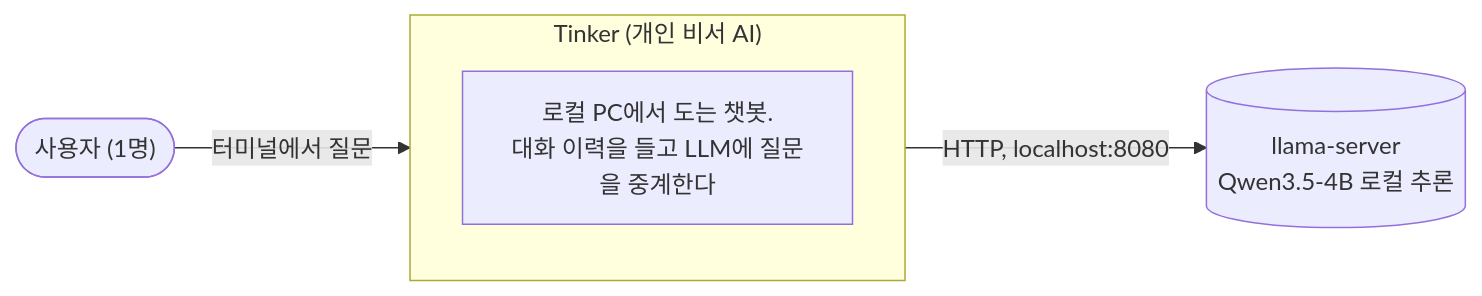
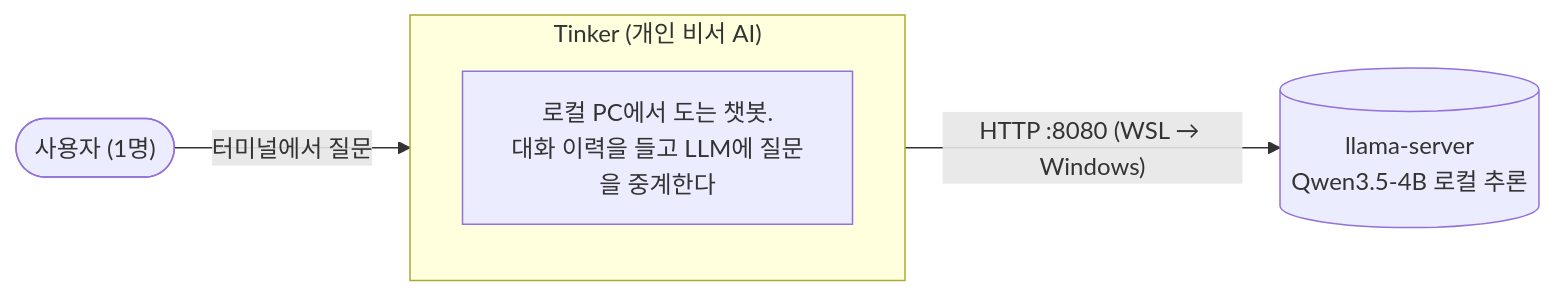
The first of 4 diagrams in docs/architecture.md (RyanKim0830/Tinker), drawn with Mermaid before and after one commit. The commit also changed other lines of this file and 9 other files, not shown here.

````diff
--- a/docs/architecture.md
+++ b/docs/architecture.md
@@ -8,11 +8,11 @@
 ```mermaid
 flowchart LR
     user(["사용자 (1명)"])
     subgraph tinker["Tinker (개인 비서 AI)"]
         direction TB
         t["로컬 PC에서 도는 챗봇.<br/>대화 이력을 들고 LLM에 질문을 중계한다"]
     end
     llm[("llama-server<br/>Qwen3.5-4B 로컬 추론")]
     user -- "터미널에서 질문" --> tinker
-    tinker -- "HTTP, localhost:8080" --> llm
+    tinker -- "HTTP :8080 (WSL → Windows)" --> llm
 ```
````
